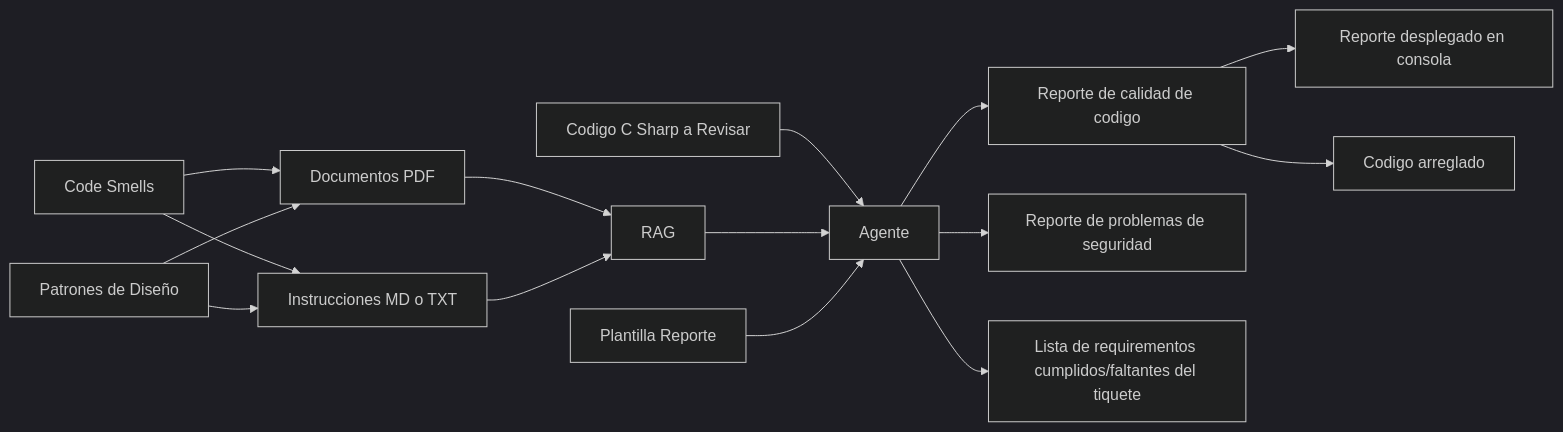
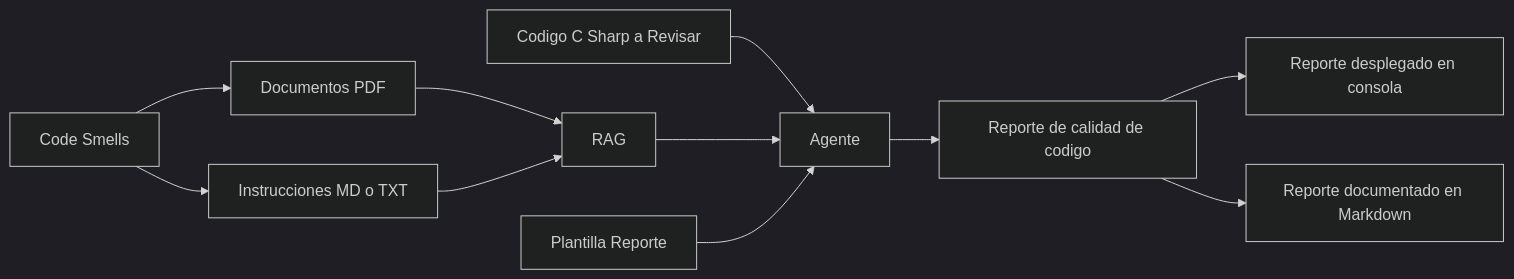
The diagram in IdeasAgentes.md (Aeacosta/CursoAgentes), drawn with Mermaid (dark theme) before and after one commit. The commit also changed other lines of this file, not shown here.

````diff
--- a/IdeasAgentes.md
+++ b/IdeasAgentes.md
@@ -493,17 +35,13 @@
 ```mermaid
 flowchart LR
 A[Codigo C Sharp a Revisar] --> B[Agente]
 C[RAG] --> B
 B --> D[Reporte de calidad de codigo]
-B --> L[Reporte de problemas de seguridad]
-B --> M[Lista de requirementos cumplidos/faltantes del tiquete]
 E[Documentos PDF] --> C
 F[Instrucciones MD o TXT] --> C
 G[Plantilla Reporte] --> B
 H[Code Smells] --> E
 H --> F
-I[Patrones de Diseño] --> E
-I --> F
 D --> J[Reporte desplegado en consola]
-D --> K[Codigo arreglado]
+D --> L[Reporte documentado en Markdown]
 ```
````
